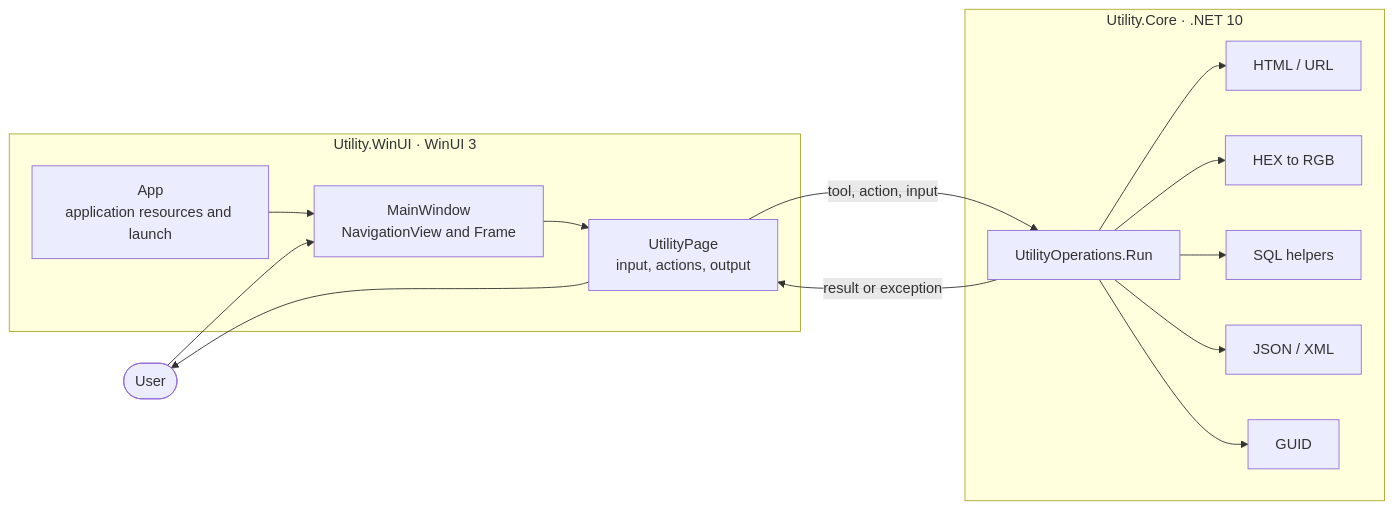
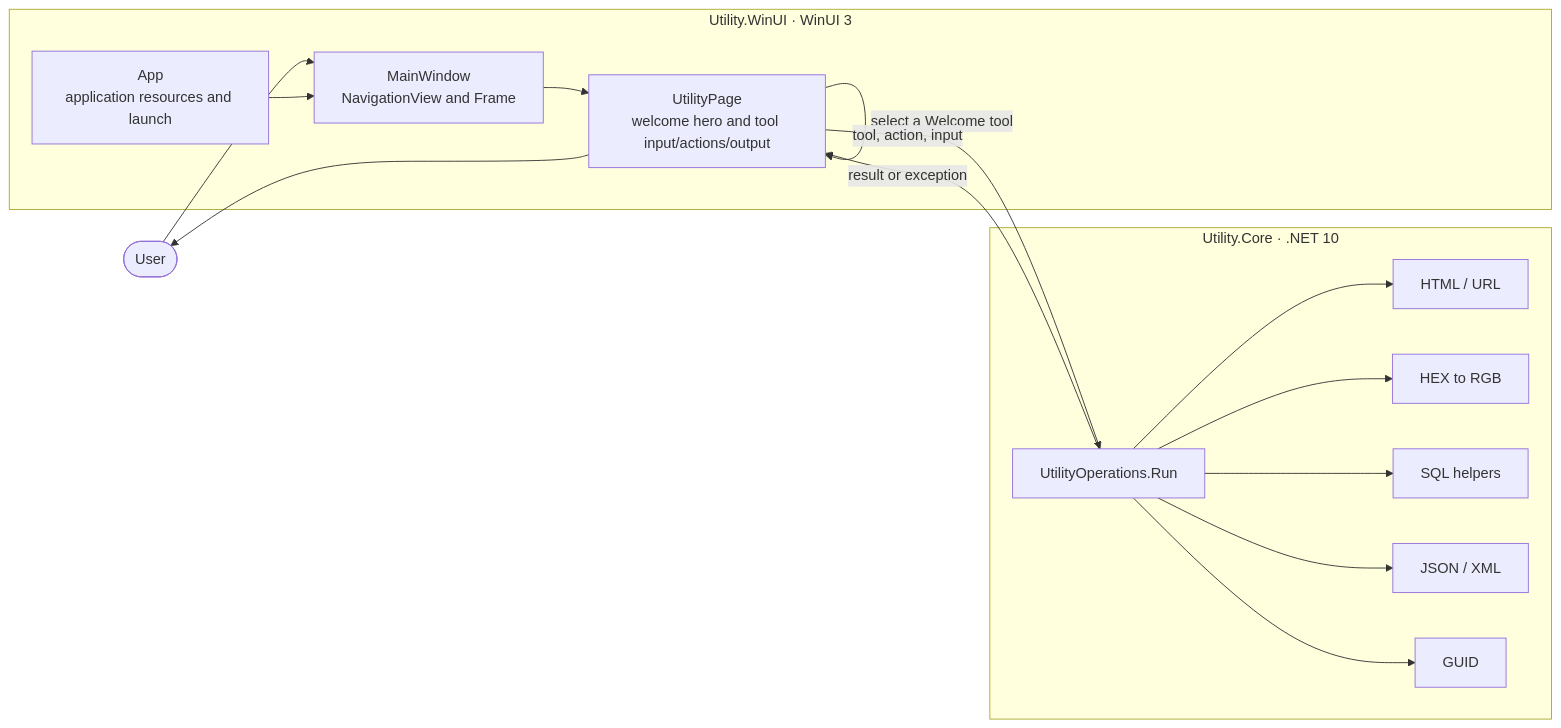
Before and after one commit to AlexHedley/Utility-WinUI: the first of 4 diagrams in ARCHITECTURE.md, drawn with Mermaid. The commit also changed other lines of this file and 8 other files, not shown here.

````diff
--- a/ARCHITECTURE.md
+++ b/ARCHITECTURE.md
@@ -7,28 +7,29 @@
 ```mermaid
 flowchart LR
     User([User])
     subgraph Desktop["Utility.WinUI · WinUI 3"]
         App["App<br/>application resources and launch"]
         Window["MainWindow<br/>NavigationView and Frame"]
-        Page["UtilityPage<br/>input, actions, output"]
+        Page["UtilityPage<br/>welcome hero and tool input/actions/output"]
     end
     subgraph Core["Utility.Core · .NET 10"]
         Operations["UtilityOperations.Run"]
         Html["HTML / URL"]
         Color["HEX to RGB"]
         Sql["SQL helpers"]
         JsonXml["JSON / XML"]
         Guid["GUID"]
     end
     User --> Window
     App --> Window
     Window --> Page
+    Page -->|"select a Welcome tool"| Page
     Page -->|"tool, action, input"| Operations
     Operations --> Html
     Operations --> Color
     Operations --> Sql
     Operations --> JsonXml
     Operations --> Guid
     Operations -->|"result or exception"| Page
     Page --> User
 ```
````
